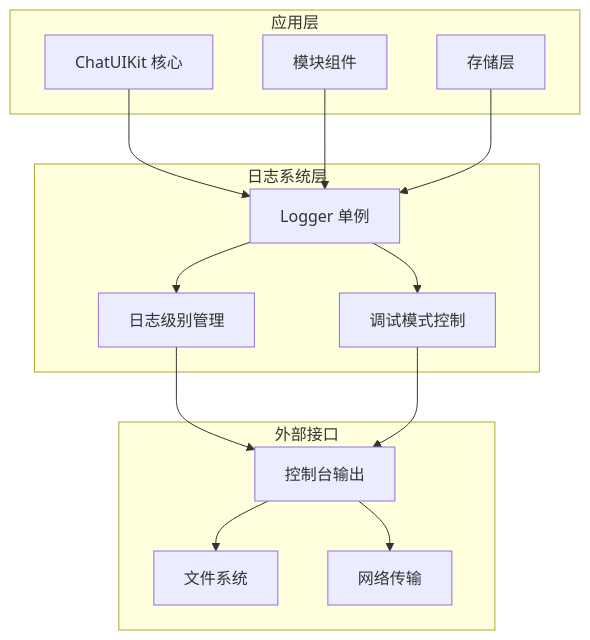
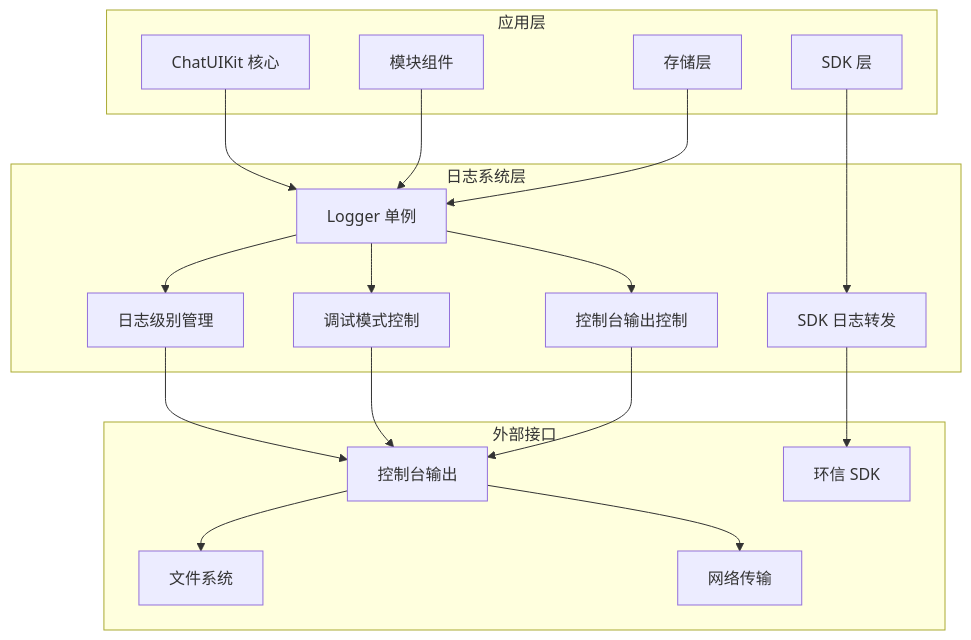
Before and after one commit to Easemob-Community/easemob-uikit-uniapp-community: the third of 9 diagrams in .qoder/repowiki/zh/content/核心架构/日志系统/日志系统.md, drawn with Mermaid. The commit also changed other lines of this file and 4 other files, not shown here.

````diff
--- a/.qoder/repowiki/zh/content/核心架构/日志系统/日志系统.md
+++ b/.qoder/repowiki/zh/content/核心架构/日志系统/日志系统.md
@@ -110,27 +144,35 @@
 ```mermaid
 graph TB
 subgraph "应用层"
 A[ChatUIKit 核心]
 B[模块组件]
 C[存储层]
+D[SDK 层]
 end
 subgraph "日志系统层"
-D[Logger 单例]
-E[日志级别管理]
-F[调试模式控制]
+E[Logger 单例]
+F[日志级别管理]
+G[调试模式控制]
+H[控制台输出控制]
+I[SDK 日志转发]
 end
 subgraph "外部接口"
-G[控制台输出]
-H[文件系统]
-I[网络传输]
+J[控制台输出]
+K[文件系统]
+L[网络传输]
+M[环信 SDK]
 end
-A --> D
-B --> D
-C --> D
-D --> E
-D --> F
+A --> E
+B --> E
+C --> E
+D --> I
+E --> F
 E --> G
-F --> G
-G --> H
-G --> I
+E --> H
+F --> J
+G --> J
+H --> J
+I --> M
+J --> K
+J --> L
 ```
````
